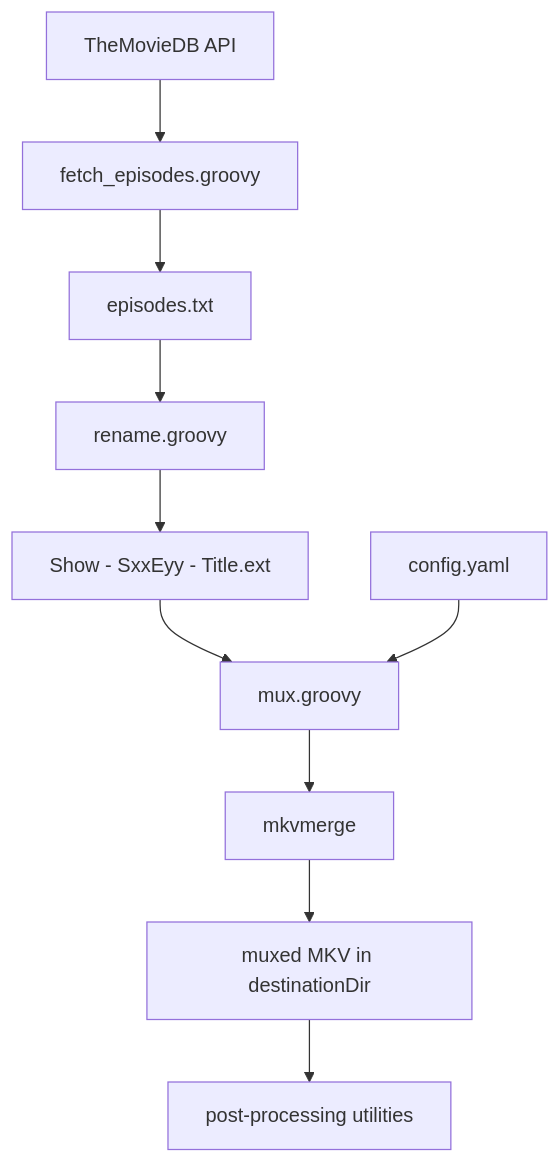
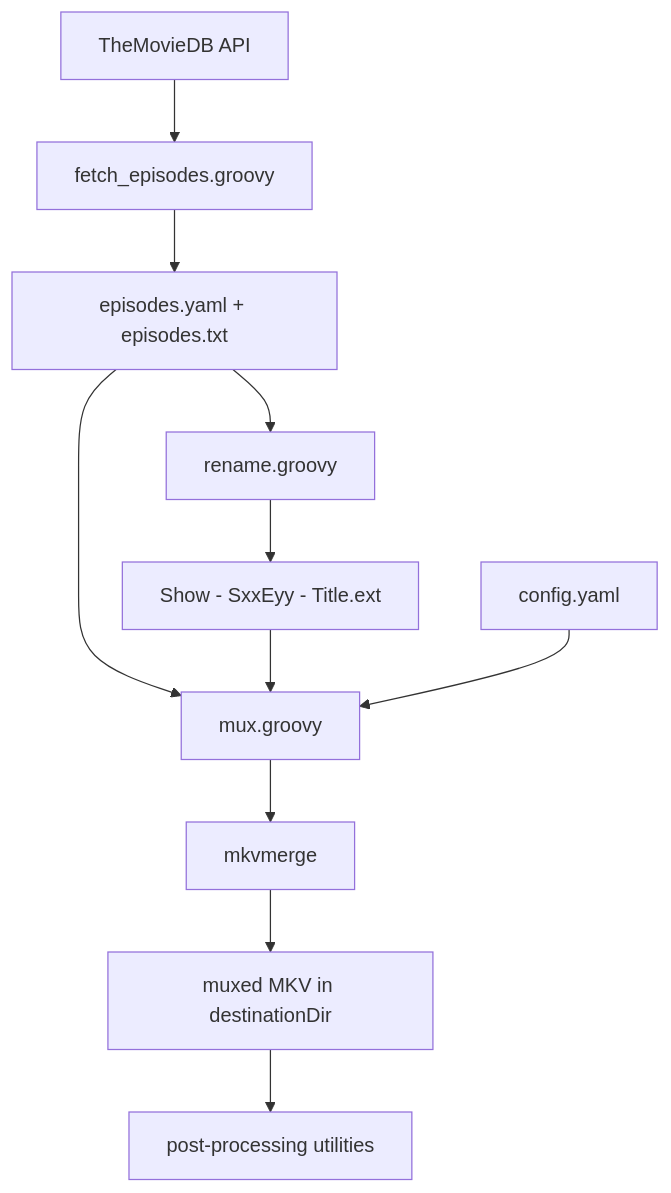
One commit to vdenisov/mkv-scripts changed the diagram in README.md. Above: the diagram before and after it, drawn with Mermaid. The commit also changed other lines of this file and 9 other files, not shown here.

````diff
--- a/README.md
+++ b/README.md
@@ -42,11 +42,12 @@
 ```mermaid
 flowchart TD
     TMDB[TheMovieDB API] --> FETCH["fetch_episodes.groovy"]
-    FETCH --> EP["episodes.txt"]
+    FETCH --> EP["episodes.yaml + episodes.txt"]
     EP --> REN["rename.groovy"]
+    EP --> MKV
     REN --> FILES["Show - SxxEyy - Title.ext"]
     FILES --> MKV["mux.groovy"]
     CFG["config.yaml"] --> MKV
     MKV --> MERGE[mkvmerge] --> OUT["muxed MKV in destinationDir"]
     OUT --> POST["post-processing utilities"]
 ```
````
